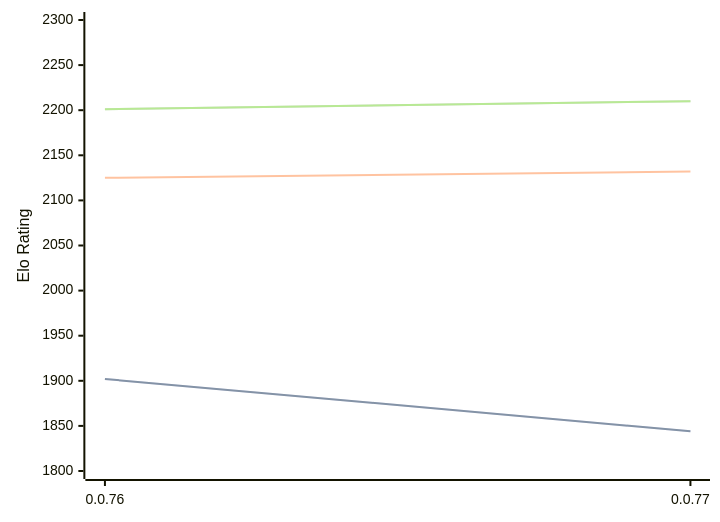
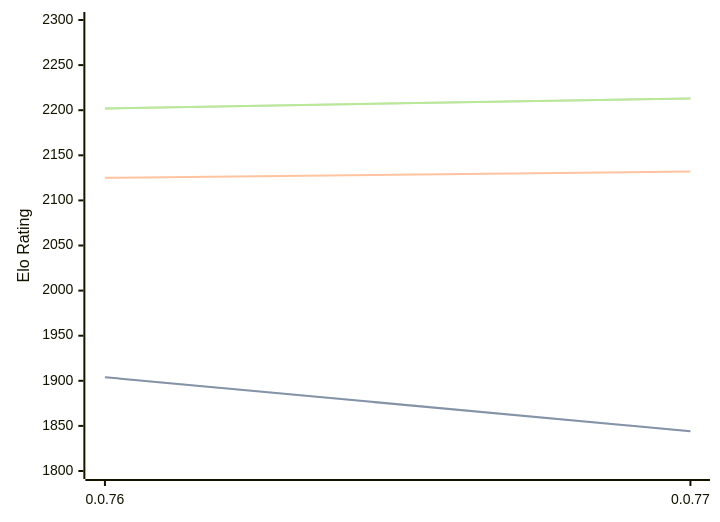
Before and after one commit to computer-chess-index/cci: the diagram in engines/Fktb.md, drawn with Mermaid. The commit also changed other lines of this file, not shown here.

Commit message:
Update CCI Ratings (ELO VLTC) - 2026-07-24

````diff
--- a/engines/Fktb.md
+++ b/engines/Fktb.md
@@ -32,11 +32,11 @@
 ```mermaid
 %%{init: {"theme":"base","themeVariables":{"seriesColors:['#a3a3a3','#222221','#faa371']}}}%%
 xychart-beta
   x-axis ["0.0.76", "0.0.77"]
   y-axis "Elo Rating" 1800 --> 2300
-  line "STC (8.0+0.08s)" [1902, 1844]
-  line "STC (8.0+0.08s)" [1902, 1844]
+  line "STC (8.0+0.08s)" [1904, 1844]
+  line "STC (8.0+0.08s)" [1904, 1844]
   line "LTC (60.0+0.60s)" [2125, 2132]
-  line "VLTC (2m24s+1.12s)" [2201, 2210]
-  line "VLTC (2m24s+1.12s)" [2201, 2210]
+  line "VLTC (2m24s+1.12s)" [2202, 2213]
+  line "VLTC (2m24s+1.12s)" [2202, 2213]
 ```
````
